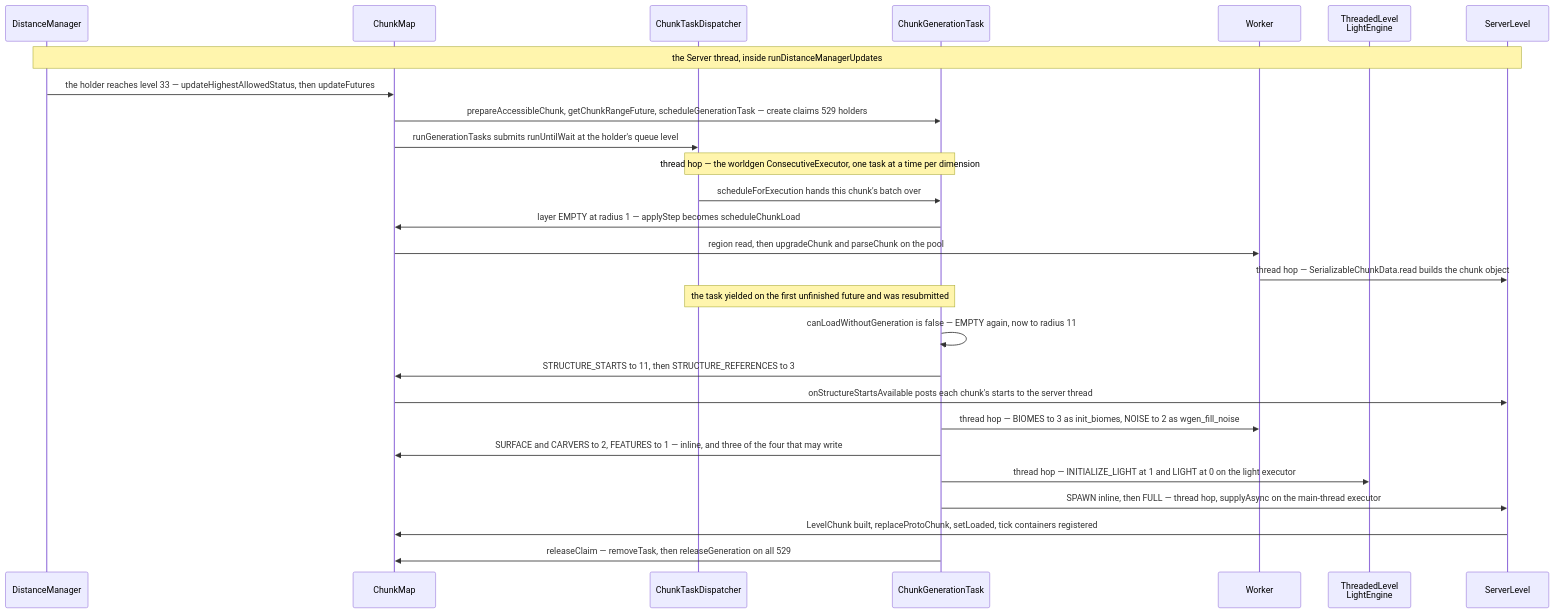
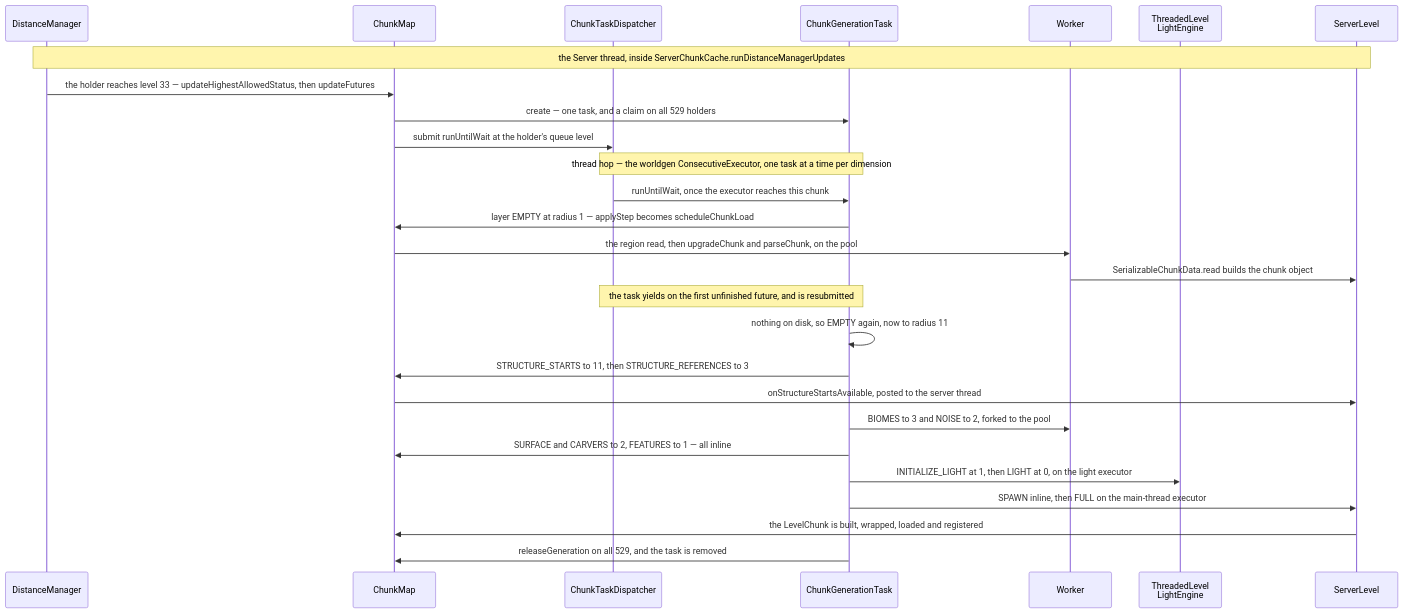
The second of 2 diagrams in src/systems/world/chunk-generation-pipeline.md (AlexanderjFraser/MinecraftDocs), drawn with Mermaid before and after one commit. The commit also changed other lines of this file and 22 other files, not shown here.

First line of the commit message:
pass 7, session D — Part IV: four splits at a mechanism's own joint, a pyramid that was a table, and thirteen captions the stylesheet had silently stopped matching

````diff
--- a/src/systems/world/chunk-generation-pipeline.md
+++ b/src/systems/world/chunk-generation-pipeline.md
@@ -384,30 +415,30 @@
 ```mermaid
 sequenceDiagram
     participant DM as DistanceManager
     participant CM as ChunkMap
     participant CTD as ChunkTaskDispatcher
     participant CGT as ChunkGenerationTask
     participant Worker as Worker
     participant TLE as ThreadedLevel<br/>LightEngine
     participant SL as ServerLevel
 
-    Note over DM,SL: the Server thread, inside runDistanceManagerUpdates
+    Note over DM,SL: the Server thread, inside ServerChunkCache.runDistanceManagerUpdates
     DM->>CM: the holder reaches level 33 — updateHighestAllowedStatus, then updateFutures
-    CM->>CGT: prepareAccessibleChunk, getChunkRangeFuture, scheduleGenerationTask — create claims 529 holders
-    CM->>CTD: runGenerationTasks submits runUntilWait at the holder's queue level
+    CM->>CGT: create — one task, and a claim on all 529 holders
+    CM->>CTD: submit runUntilWait at the holder's queue level
     Note over CTD,CGT: thread hop — the worldgen ConsecutiveExecutor, one task at a time per dimension
-    CTD->>CGT: scheduleForExecution hands this chunk's batch over
+    CTD->>CGT: runUntilWait, once the executor reaches this chunk
     CGT->>CM: layer EMPTY at radius 1 — applyStep becomes scheduleChunkLoad
-    CM->>Worker: region read, then upgradeChunk and parseChunk on the pool
-    Worker->>SL: thread hop — SerializableChunkData.read builds the chunk object
-    Note over CTD,CGT: the task yielded on the first unfinished future and was resubmitted
-    CGT->>CGT: canLoadWithoutGeneration is false — EMPTY again, now to radius 11
+    CM->>Worker: the region read, then upgradeChunk and parseChunk, on the pool
+    Worker->>SL: SerializableChunkData.read builds the chunk object
+    Note over CTD,CGT: the task yields on the first unfinished future, and is resubmitted
+    CGT->>CGT: nothing on disk, so EMPTY again, now to radius 11
     CGT->>CM: STRUCTURE_STARTS to 11, then STRUCTURE_REFERENCES to 3
-    CM->>SL: onStructureStartsAvailable posts each chunk's starts to the server thread
-    CGT->>Worker: thread hop — BIOMES to 3 as init_biomes, NOISE to 2 as wgen_fill_noise
-    CGT->>CM: SURFACE and CARVERS to 2, FEATURES to 1 — inline, and three of the four that may write
-    CGT->>TLE: thread hop — INITIALIZE_LIGHT at 1 and LIGHT at 0 on the light executor
-    CGT->>SL: SPAWN inline, then FULL — thread hop, supplyAsync on the main-thread executor
-    SL->>CM: LevelChunk built, replaceProtoChunk, setLoaded, tick containers registered
-    CGT->>CM: releaseClaim — removeTask, then releaseGeneration on all 529
+    CM->>SL: onStructureStartsAvailable, posted to the server thread
+    CGT->>Worker: BIOMES to 3 and NOISE to 2, forked to the pool
+    CGT->>CM: SURFACE and CARVERS to 2, FEATURES to 1 — all inline
+    CGT->>TLE: INITIALIZE_LIGHT at 1, then LIGHT at 0, on the light executor
+    CGT->>SL: SPAWN inline, then FULL on the main-thread executor
+    SL->>CM: the LevelChunk is built, wrapped, loaded and registered
+    CGT->>CM: releaseGeneration on all 529, and the task is removed
 ```
````
